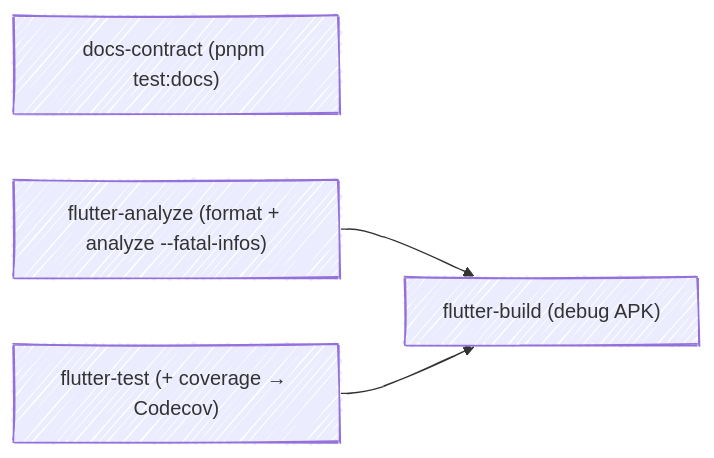
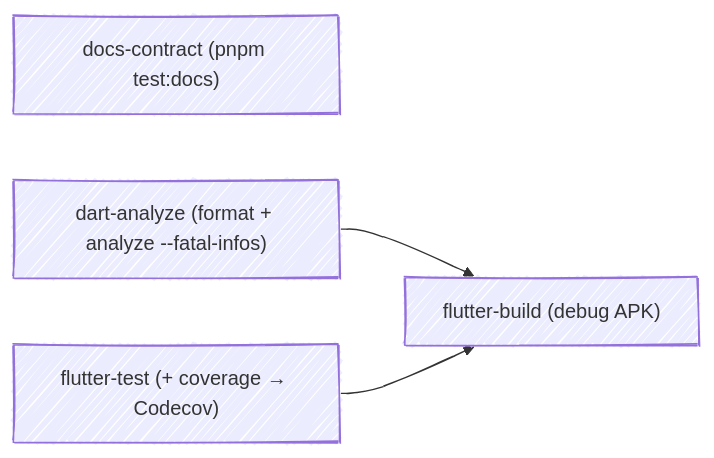
One commit to fbuireu/contribKit changed the second of 3 diagrams in docs/wiki/CI-CD.md. Above: the diagram before and after it, drawn with Mermaid. The commit also changed other lines of this file and 10 other files, not shown here.

````diff
--- a/docs/wiki/CI-CD.md
+++ b/docs/wiki/CI-CD.md
@@ -73,10 +73,10 @@
 ```mermaid
 ---
 config:
   look: handDrawn
 ---
 flowchart LR
   docs["docs-contract (pnpm test:docs)"]
-  analyze["flutter-analyze (format + analyze --fatal-infos)"] --> build["flutter-build (debug APK)"]
+  analyze["dart-analyze (format + analyze --fatal-infos)"] --> build["flutter-build (debug APK)"]
   test["flutter-test (+ coverage → Codecov)"] --> build
 ```
````
